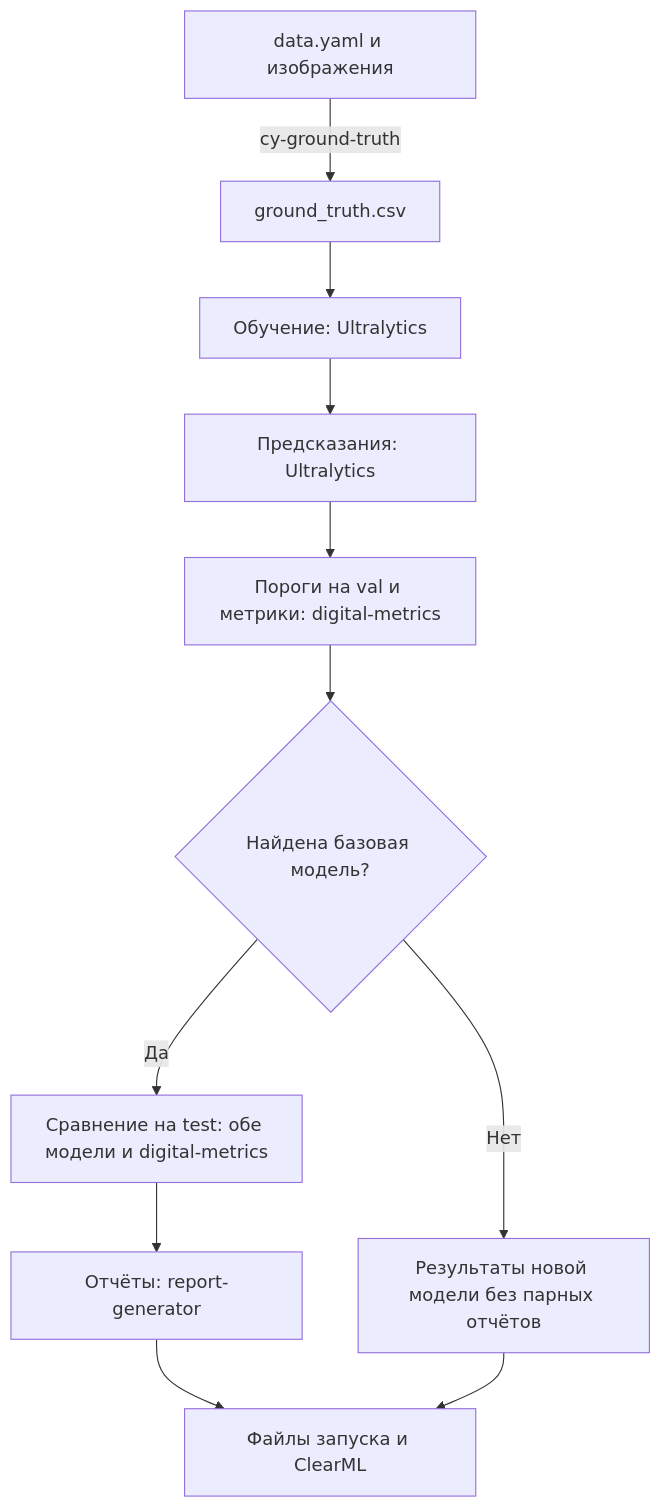
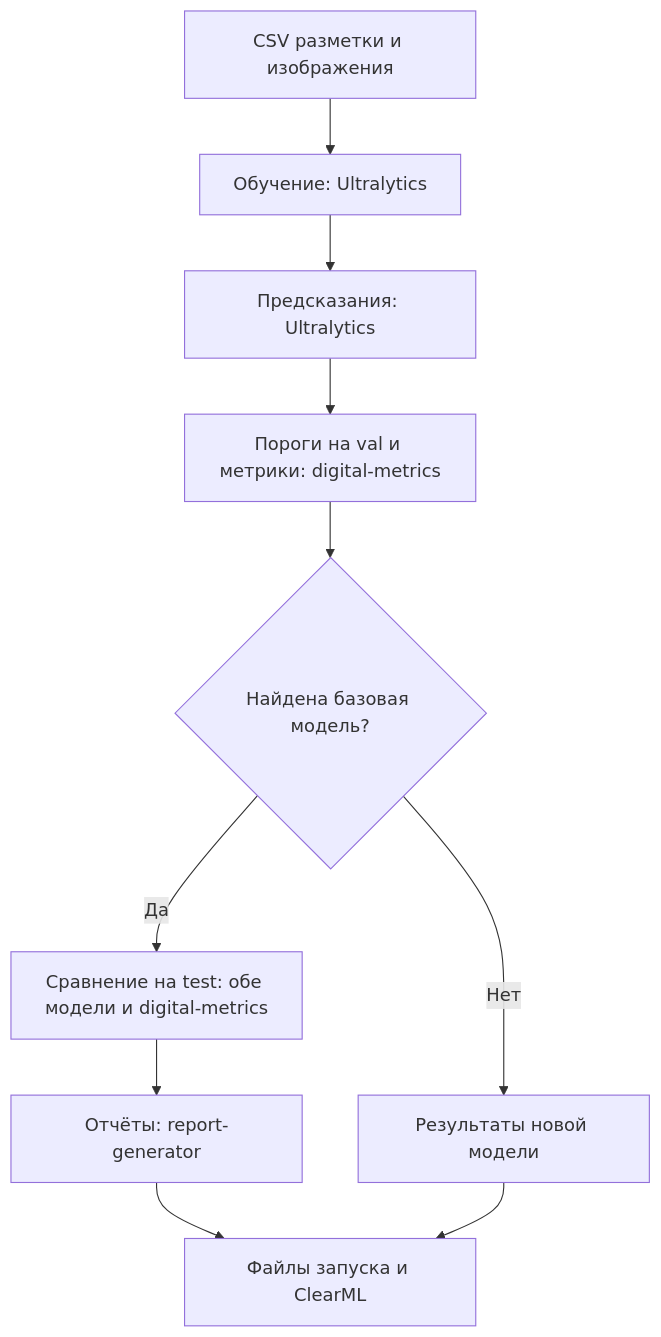
The diagram in README.md (BuckanovNikita/clearml-yolo), drawn with Mermaid before and after one commit. The commit also changed other lines of this file and 7 other files, not shown here.

````diff
--- a/README.md
+++ b/README.md
@@ -103,13 +75,12 @@
 ```mermaid
 flowchart TD
-    A["data.yaml и изображения"] -->|cy-ground-truth| B["ground_truth.csv"]
-    B --> C["Обучение: Ultralytics"]
+    B["CSV разметки и изображения"] --> C["Обучение: Ultralytics"]
     C --> D["Предсказания: Ultralytics"]
     D --> E["Пороги на val и метрики: digital-metrics"]
     E --> F{"Найдена базовая модель?"}
     F -->|Да| G["Сравнение на test: обе модели и digital-metrics"]
     G --> H["Отчёты: report-generator"]
-    F -->|Нет| I["Результаты новой модели без парных отчётов"]
+    F -->|Нет| I["Результаты новой модели"]
     H --> J["Файлы запуска и ClearML"]
     I --> J
 ```
````
